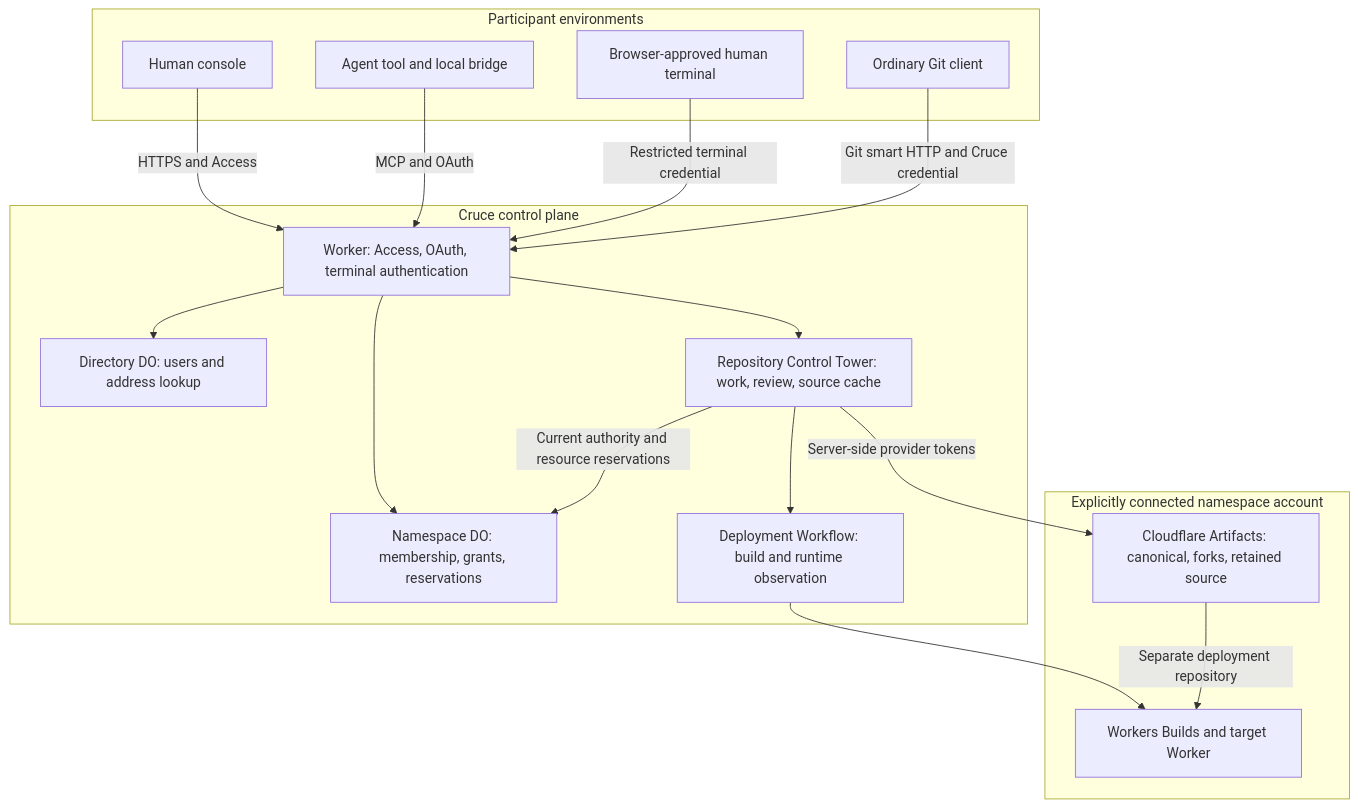
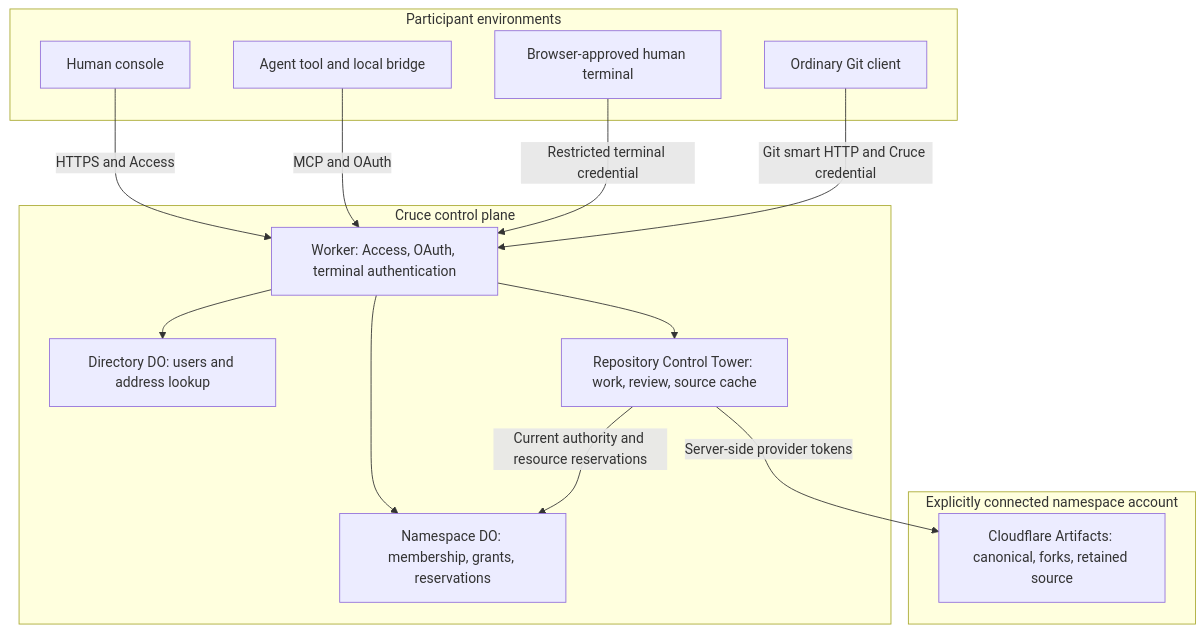
The second of 3 diagrams in docs/architecture.md (acltabontabon/cruce), drawn with Mermaid before and after one commit. The commit also changed other lines of this file and 43 other files, not shown here.

````diff
--- a/docs/architecture.md
+++ b/docs/architecture.md
@@ -37,32 +41,27 @@
 ```mermaid
 flowchart TB
     subgraph Participants[Participant environments]
         H[Human console]
         B[Agent tool and local bridge]
         T[Browser-approved human terminal]
         G[Ordinary Git client]
     end
     subgraph Control[Cruce control plane]
         W[Worker: Access, OAuth, terminal authentication]
         D[Directory DO: users and address lookup]
         N[Namespace DO: membership, grants, reservations]
         R[Repository Control Tower: work, review, source cache]
-        O[Deployment Workflow: build and runtime observation]
     end
     subgraph Account[Explicitly connected namespace account]
         A[Cloudflare Artifacts: canonical, forks, retained source]
-        K[Workers Builds and target Worker]
     end
     H -->|HTTPS and Access| W
     B -->|MCP and OAuth| W
     T -->|Restricted terminal credential| W
     G -->|Git smart HTTP and Cruce credential| W
     W --> D
     W --> N
     W --> R
     R -->|Current authority and resource reservations| N
     R -->|Server-side provider tokens| A
-    R --> O
-    O --> K
-    A -->|Separate deployment repository| K
 ```
````
